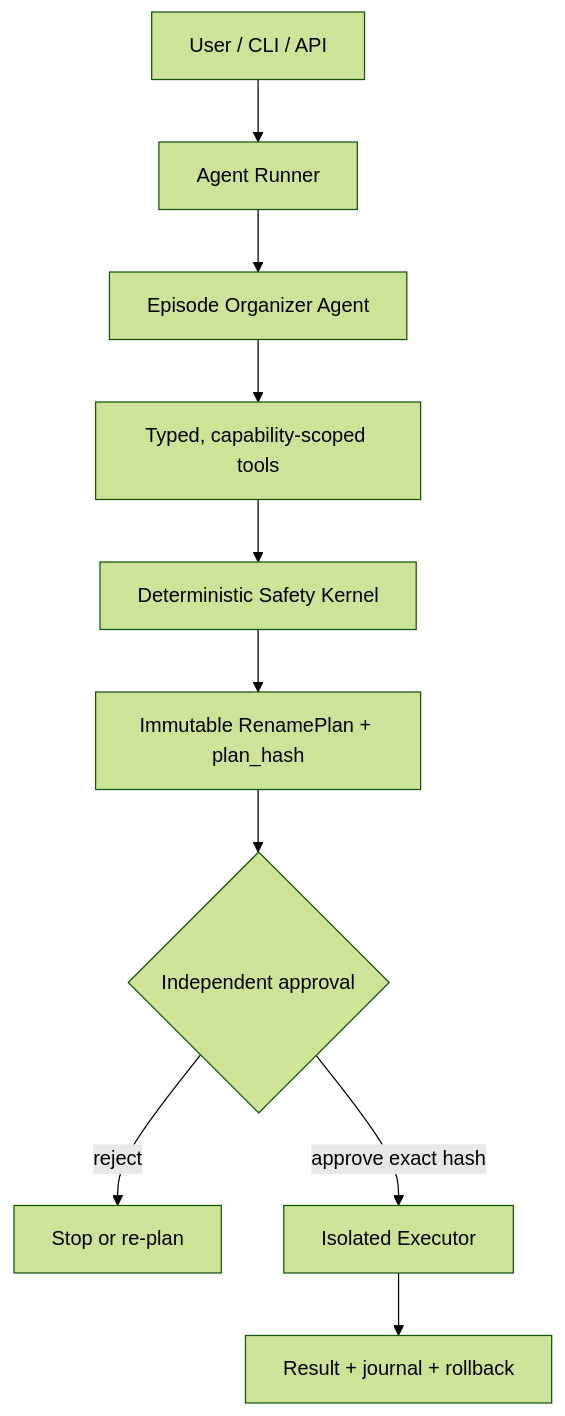
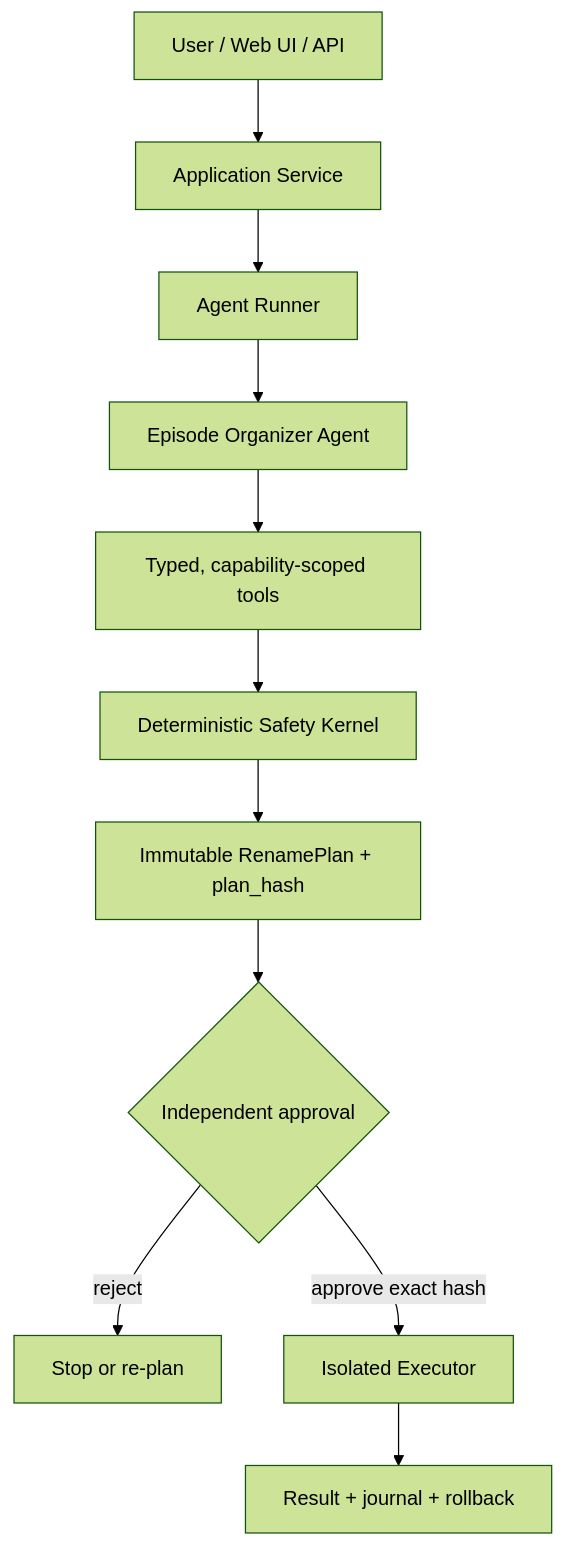
Before and after one commit to cyrahs/reeloom: the diagram in docs/initial-plan.md, drawn with Mermaid (forest theme). The commit also changed other lines of this file and 2 other files, not shown here.

````diff
--- a/docs/initial-plan.md
+++ b/docs/initial-plan.md
@@ -59,12 +62,13 @@
 ```mermaid
 flowchart TD
-    U["User / CLI / API"] --> R["Agent Runner"]
+    U["User / Web UI / API"] --> S["Application Service"]
+    S --> R["Agent Runner"]
     R --> A["Episode Organizer Agent"]
     A --> T["Typed, capability-scoped tools"]
     T --> K["Deterministic Safety Kernel"]
     K --> P["Immutable RenamePlan + plan_hash"]
     P --> H{"Independent approval"}
     H -- "reject" --> X["Stop or re-plan"]
     H -- "approve exact hash" --> E["Isolated Executor"]
     E --> O["Result + journal + rollback"]
 ```
````
